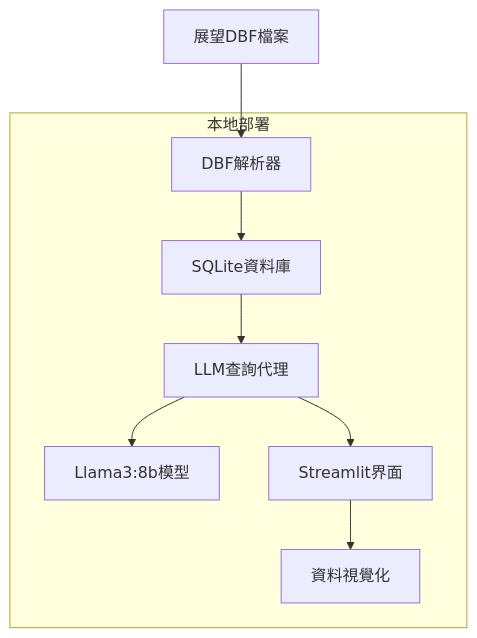
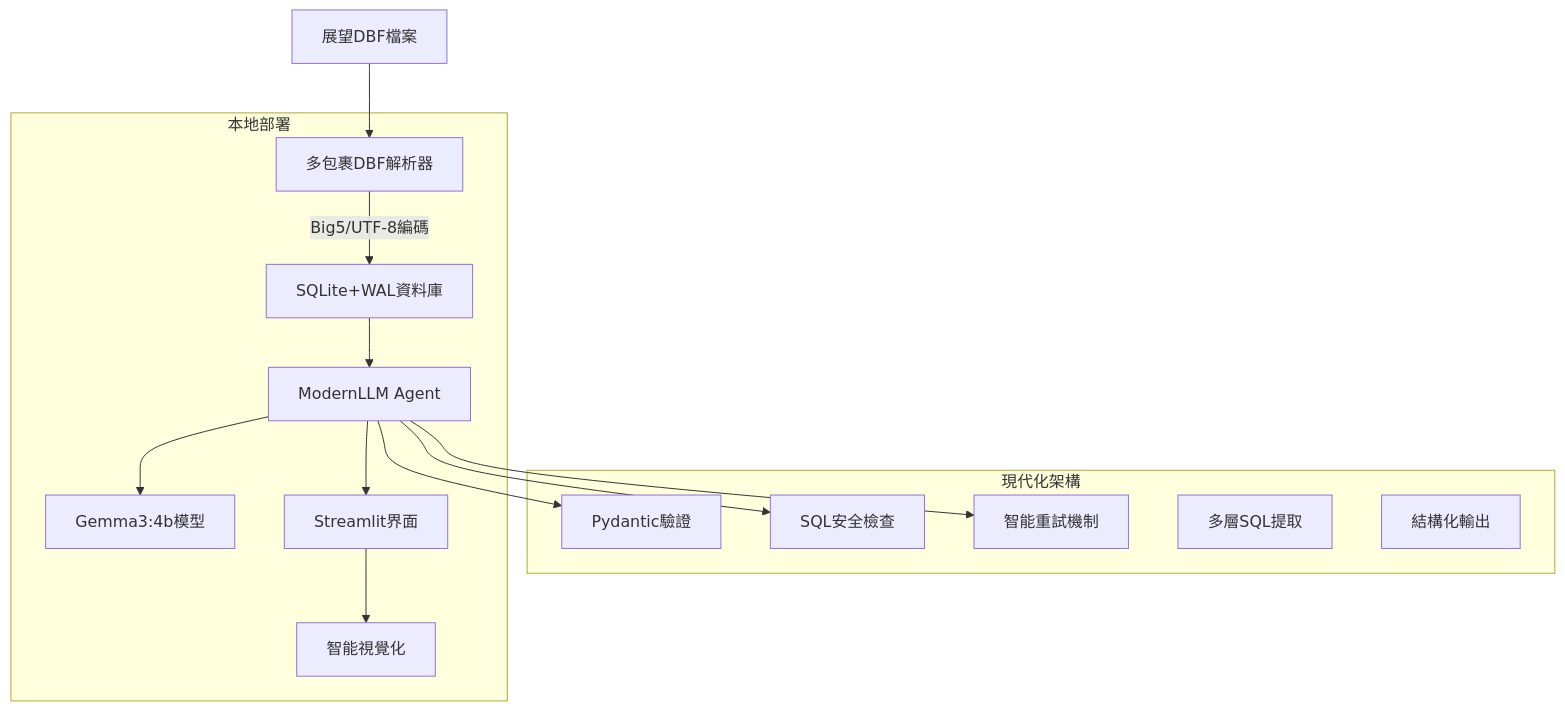
One commit to leon80148/chat4lab changed the diagram in README.md. Above: the diagram before and after it, drawn with Mermaid. The commit also changed other lines of this file and 19 other files, not shown here.

````diff
--- a/README.md
+++ b/README.md
@@ -73,18 +83,30 @@
 ```mermaid
 graph TB
-    A[展望DBF檔案] --> B[DBF解析器]
-    B --> C[SQLite資料庫]
-    C --> D[LLM查詢代理]
-    D --> E[Llama3:8b模型]
+    A[展望DBF檔案] --> B[多包裹DBF解析器]
+    B --> |Big5/UTF-8編碼| C[SQLite+WAL資料庫]
+    C --> D[ModernLLM Agent]
+    D --> E[Gemma3:4b模型]
     D --> F[Streamlit界面]
-    F --> G[資料視覺化]
+    F --> G[智能視覺化]
+    
+    D --> H[Pydantic驗證]
+    D --> I[SQL安全檢查]
+    D --> J[智能重試機制]
+    
+    subgraph "現代化架構"
+        H
+        I
+        J
+        K[多層SQL提取]
+        L[結構化輸出]
+    end
     
     subgraph "本地部署"
         B
         C
         D
         E
         F
         G
     end
 ```
````
